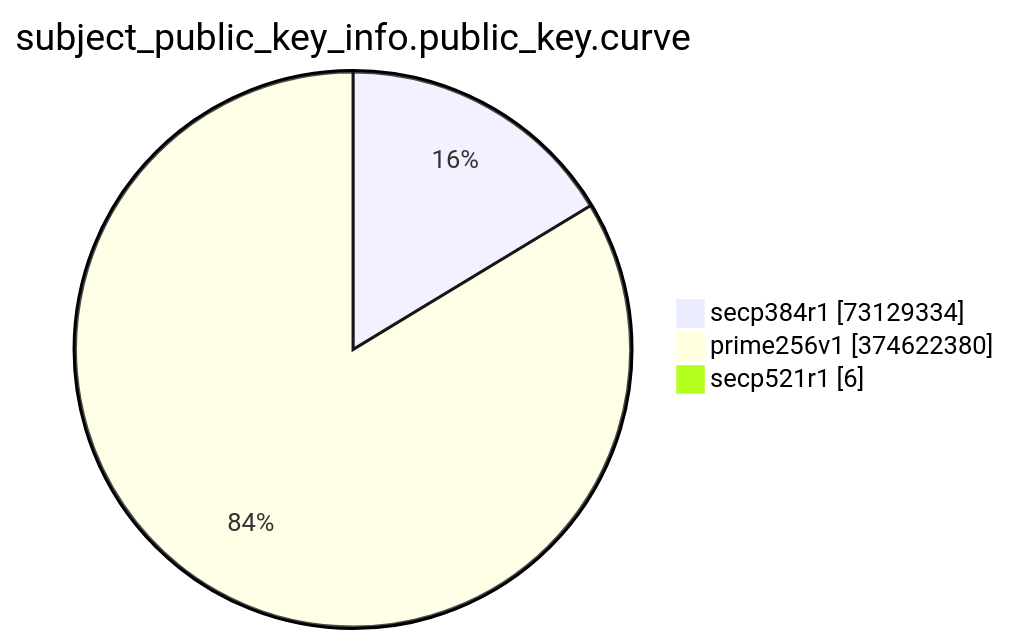
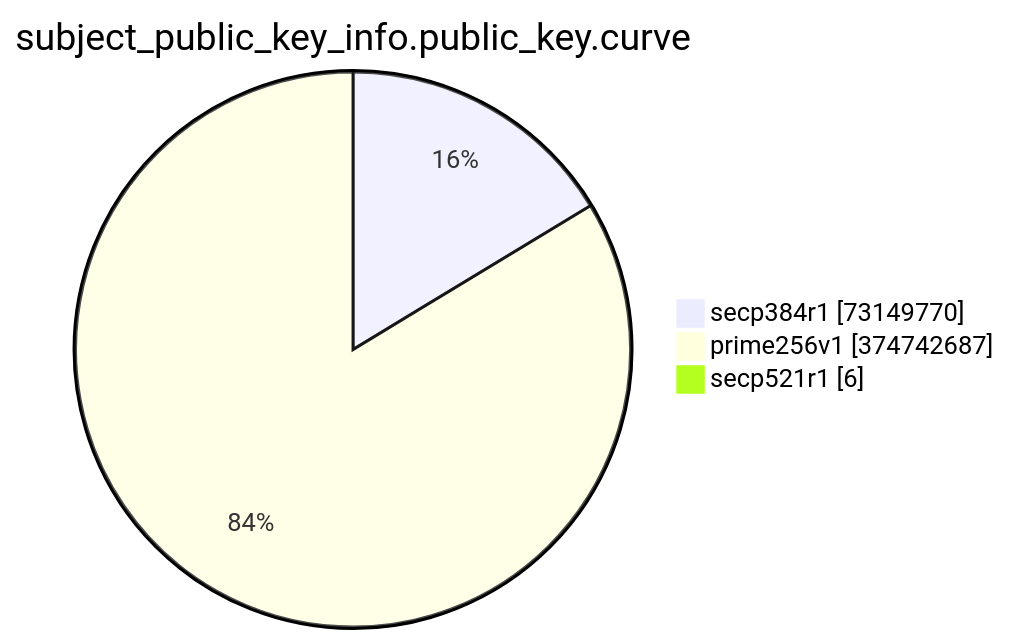
Before and after one commit to christiankrug/ctmonitor_visualization: the eighth of 15 diagrams in TOTAL/README.md, drawn with Mermaid. The commit also changed other lines of this file, not shown here.

````diff
--- a/TOTAL/README.md
+++ b/TOTAL/README.md
@@ -3092,7 +3092,7 @@
 ```mermaid
 pie showData
 title subject_public_key_info.public_key.curve
-"secp384r1" :73129334
-"prime256v1" :374622380
+"secp384r1" :73149770
+"prime256v1" :374742687
 "secp521r1" :6
 ```
````
